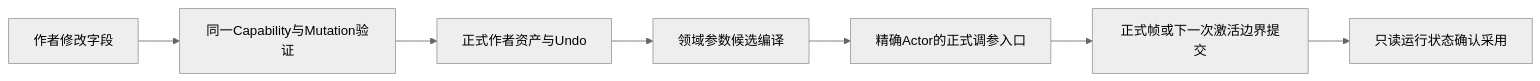
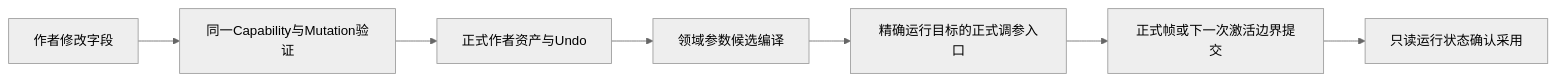
Before and after one commit to nikaakaa/3c: the third of 3 diagrams in openspec/changes/rebuild-btsmtl-preview-with-scene-play/design.md, drawn with Mermaid (neutral theme). The commit also changed other lines of this file and 9 other files, not shown here.

````diff
--- a/openspec/changes/rebuild-btsmtl-preview-with-scene-play/design.md
+++ b/openspec/changes/rebuild-btsmtl-preview-with-scene-play/design.md
@@ -165,9 +174,9 @@
 ```mermaid
 flowchart LR
     A[作者修改字段] --> B[同一Capability与Mutation验证]
     B --> C[正式作者资产与Undo]
     C --> D[领域参数候选编译]
-    D --> E[精确Actor的正式调参入口]
+    D --> E[精确运行目标的正式调参入口]
     E --> F[正式帧或下一次激活边界提交]
     F --> G[只读运行状态确认采用]
 ```
````
